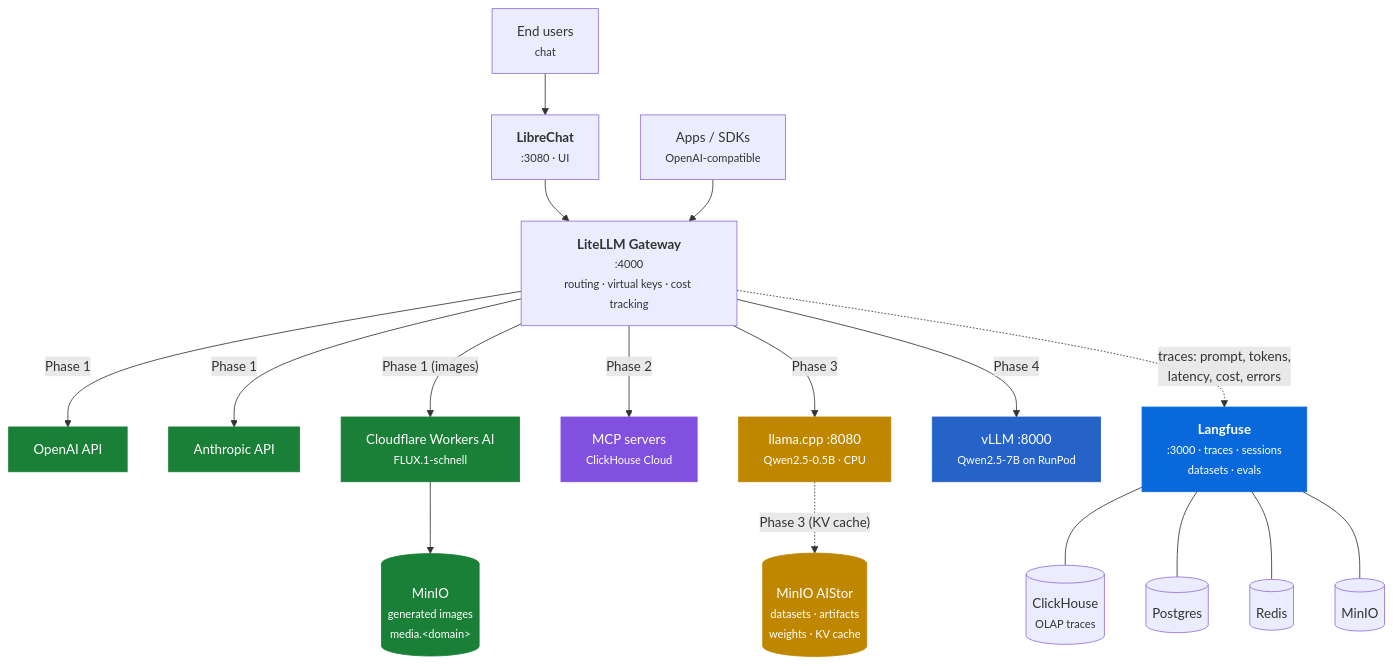
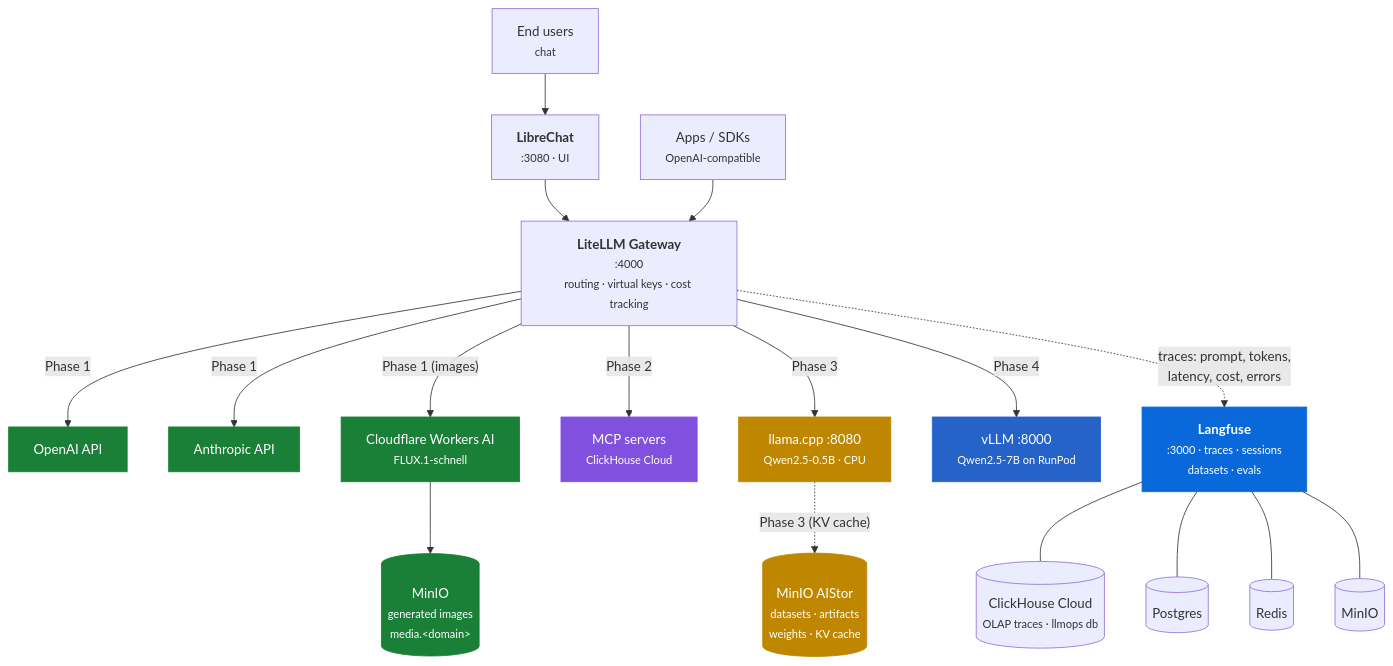
One commit to litkhai/llmops-in-a-box changed the first of 2 diagrams in docs/index.md. Above: the diagram before and after it, drawn with Mermaid. The commit also changed other lines of this file and 1 other file, not shown here.

First line of the commit message:
docs: update diagrams and text to reflect ClickHouse Cloud

````diff
--- a/docs/index.md
+++ b/docs/index.md
@@ -120,52 +120,52 @@
 ```mermaid
 flowchart TB
     U1["End users<br/><small>chat</small>"]
     U2["Apps / SDKs<br/><small>OpenAI-compatible</small>"]
 
     LC["<b>LibreChat</b><br/><small>:3080 · UI</small>"]
     GW["<b>LiteLLM Gateway</b><br/><small>:4000</small><br/><small>routing · virtual keys · cost tracking</small>"]
 
     OA["OpenAI API"]
     AN["Anthropic API"]
     CF["Cloudflare Workers AI<br/><small>FLUX.1-schnell</small>"]
     IMGMI[("MinIO<br/><small>generated images<br/>media.&lt;domain&gt;</small>")]
     MCP["MCP servers<br/><small>ClickHouse Cloud</small>"]
     CPU["llama.cpp :8080<br/><small>Qwen2.5-0.5B · CPU</small>"]
     VL["vLLM :8000<br/><small>Qwen2.5-7B on RunPod</small>"]
 
     LF["<b>Langfuse</b><br/><small>:3000 · traces · sessions<br/>datasets · evals</small>"]
-    CH[("ClickHouse<br/><small>OLAP traces</small>")]
+    CH[("ClickHouse Cloud<br/><small>OLAP traces · llmops db</small>")]
     PG[("Postgres")]
     RD[("Redis")]
     MI[("MinIO")]
     ST[("MinIO AIStor<br/><small>datasets · artifacts<br/>weights · KV cache</small>")]
 
     U1 --> LC --> GW
     U2 --> GW
 
     GW -->|Phase 1| OA
     GW -->|Phase 1| AN
     GW -->|"Phase 1 (images)"| CF
     CF --> IMGMI
     GW -->|Phase 2| MCP
     GW -->|Phase 3| CPU
     CPU -.->|"Phase 3 (KV cache)"| ST
     GW -->|Phase 4| VL
 
     GW -.->|"traces: prompt, tokens,<br/>latency, cost, errors"| LF
     LF --- CH
     LF --- PG
     LF --- RD
     LF --- MI
 
     classDef p1 fill:#1a7f37,stroke:#1a7f37,color:#fff
     classDef p2 fill:#8250df,stroke:#8250df,color:#fff
     classDef p3 fill:#bf8700,stroke:#bf8700,color:#fff
     classDef p4 fill:#2563c9,stroke:#2563c9,color:#fff
     classDef obs fill:#0969da,stroke:#0969da,color:#fff
     class OA,AN,CF,IMGMI p1
     class MCP p2
     class CPU,ST p3
     class VL p4
     class LF obs
 ```
````
